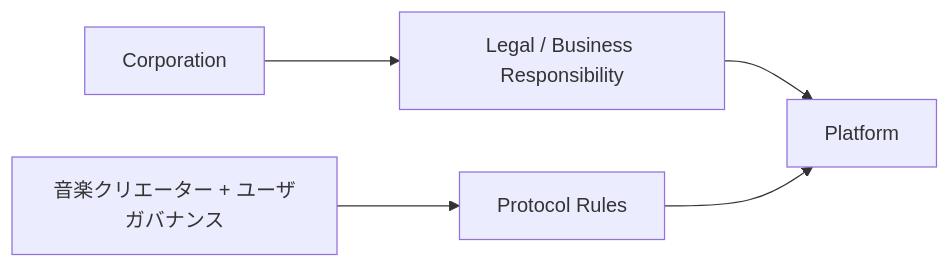
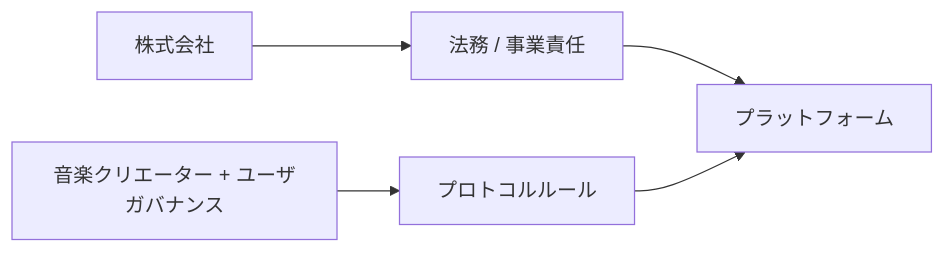
One commit to ShigeichiroYamasaki/creator-first-platform changed diagram 13 of 23 in docs/whitepaper/07-governance.md. Above: the diagram before and after it, drawn with Mermaid. The commit also changed other lines of this file and 72 other files, not shown here.

````diff
--- a/docs/whitepaper/07-governance.md
+++ b/docs/whitepaper/07-governance.md
@@ -660,14 +660,14 @@
 ```mermaid
 flowchart LR
-    CORP[Corporation]
-    LEGAL[Legal / Business Responsibility]
+    CORP[株式会社]
+    LEGAL[法務 / 事業責任]
 
     GOV[音楽クリエーター + ユーザガバナンス]
-    PROTOCOL[Protocol Rules]
+    PROTOCOL[プロトコルルール]
 
     CORP --> LEGAL
     GOV --> PROTOCOL
 
-    LEGAL --> PLATFORM[Platform]
+    LEGAL --> PLATFORM[プラットフォーム]
     PROTOCOL --> PLATFORM
 ```
````
